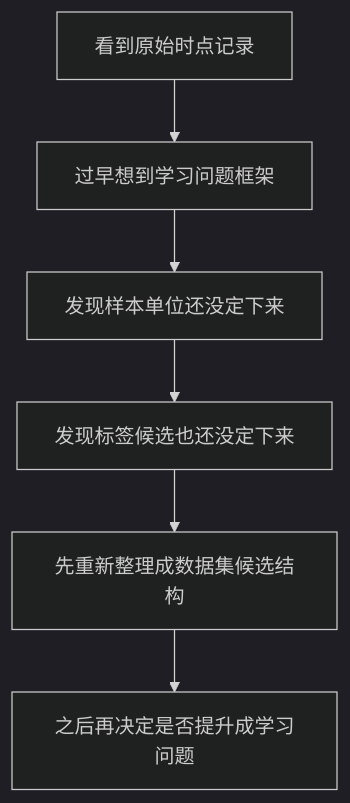
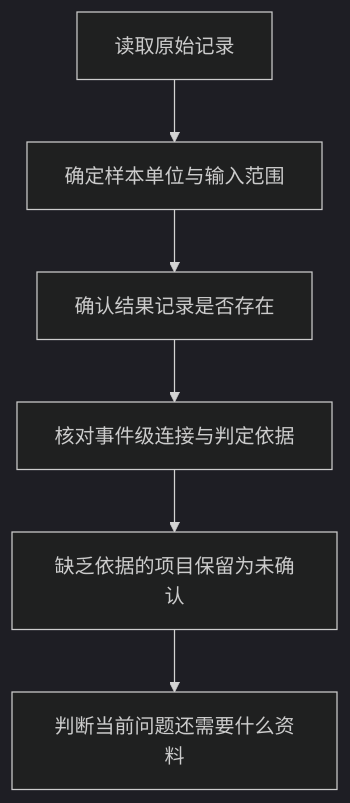
Before and after one commit to devchan64/AiBook: the diagram in docs/assets/part-03/chapter-03/p3-3-1-mermaid-01-zh.mmd, drawn with Mermaid (dark theme). The commit also changed 22 other files, not shown here.

```diff
--- a/docs/assets/part-03/chapter-03/p3-3-1-mermaid-01-zh.mmd
+++ b/docs/assets/part-03/chapter-03/p3-3-1-mermaid-01-zh.mmd
@@ -1,6 +1,6 @@
 flowchart TD
-    A[看到原始时点记录] --> B[过早想到学习问题框架]
-    B --> C[发现样本单位还没定下来]
-    C --> D[发现标签候选也还没定下来]
-    D --> E[先重新整理成数据集候选结构]
-    E --> F[之后再决定是否提升成学习问题]
+    A[读取原始记录] --> B[确定样本单位与输入范围]
+    B --> C[确认结果记录是否存在]
+    C --> D[核对事件级连接与判定依据]
+    D --> E[缺乏依据的项目保留为未确认]
+    E --> F[判断当前问题还需要什么资料]
```
